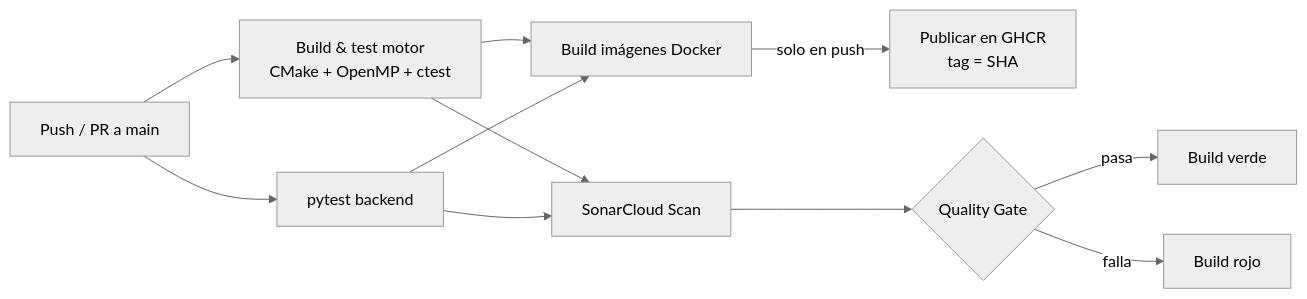
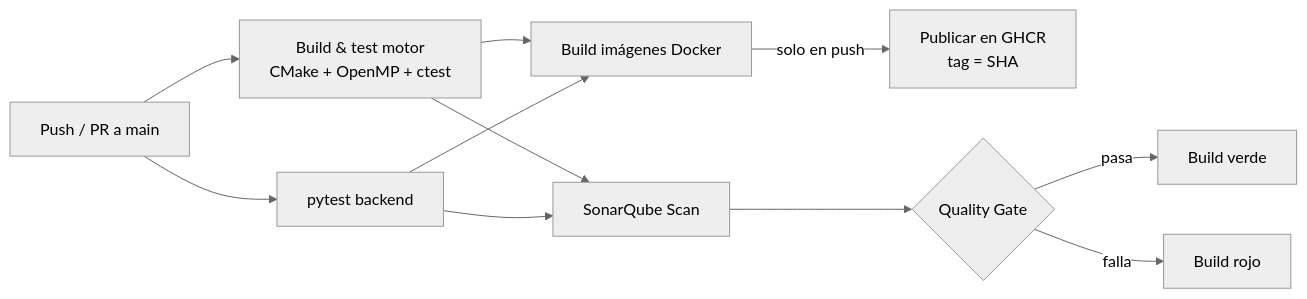
One commit to BigBelial/Paralelas-AI-Final changed the diagram in docs/06-cicd.md. Above: the diagram before and after it, drawn with Mermaid (neutral theme). The commit also changed other lines of this file and 4 other files, not shown here.

Commit message:
Update CI configuration for SonarQube integration and enhance documentation

````diff
--- a/docs/06-cicd.md
+++ b/docs/06-cicd.md
@@ -17,13 +17,13 @@
 ```mermaid
 flowchart LR
     push[Push / PR a main] --> motor[Build & test motor<br/>CMake + OpenMP + ctest]
     push --> back[pytest backend]
     motor --> imgs[Build imágenes Docker]
     back --> imgs
     imgs -->|solo en push| ghcr[Publicar en GHCR<br/>tag = SHA]
-    motor --> sonar[SonarCloud Scan]
+    motor --> sonar[SonarQube Scan]
     back --> sonar
     sonar --> gate{Quality Gate}
     gate -->|pasa| ok[Build verde]
     gate -->|falla| fail[Build rojo]
 ```
````
